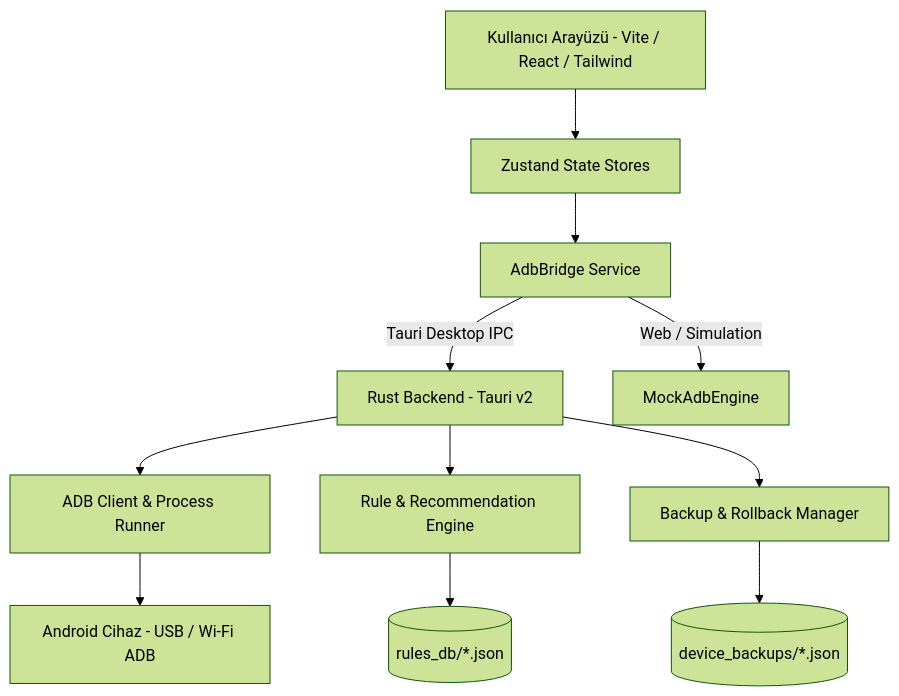
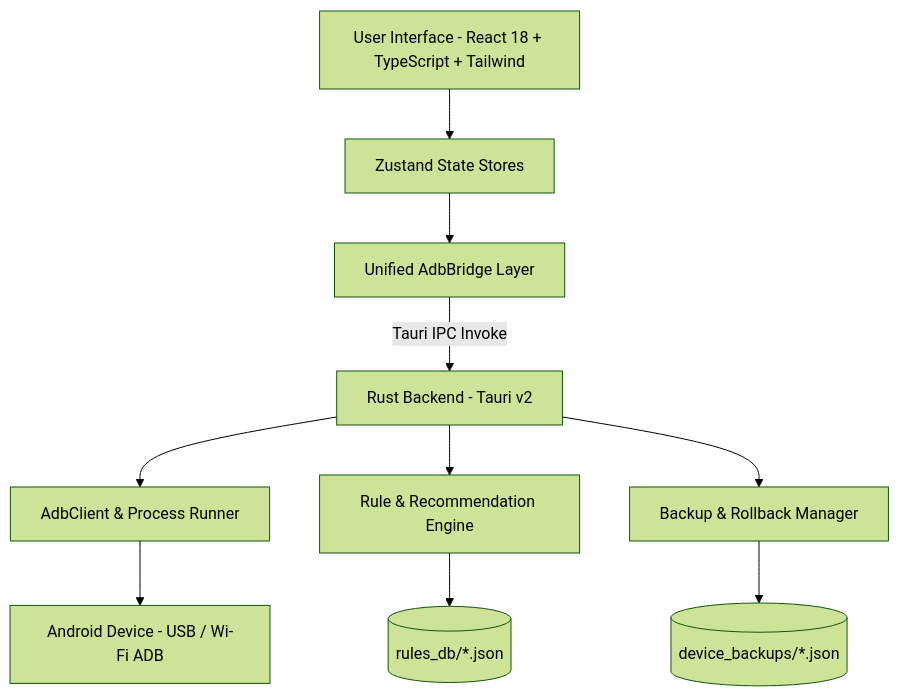
The diagram in README.md (burakzdgn/NexusTweak), drawn with Mermaid (forest theme) before and after one commit. The commit also changed other lines of this file and 1 other file, not shown here.

````diff
--- a/README.md
+++ b/README.md
@@ -88,13 +97,12 @@
 ```mermaid
 graph TD
-    A[Kullanıcı Arayüzü - Vite / React / Tailwind] --> B[Zustand State Stores]
-    B --> C[AdbBridge Service]
-    C -->|Tauri Desktop IPC| D[Rust Backend - Tauri v2]
-    C -->|Web / Simulation| E[MockAdbEngine]
-    D --> F[ADB Client & Process Runner]
-    D --> G[Rule & Recommendation Engine]
-    D --> H[Backup & Rollback Manager]
-    F --> I[Android Cihaz - USB / Wi-Fi ADB]
-    H --> J[(device_backups/*.json)]
-    G --> K[(rules_db/*.json)]
+    A[User Interface - React 18 + TypeScript + Tailwind] --> B[Zustand State Stores]
+    B --> C[Unified AdbBridge Layer]
+    C -->|Tauri IPC Invoke| D[Rust Backend - Tauri v2]
+    D --> E[AdbClient & Process Runner]
+    D --> F[Rule & Recommendation Engine]
+    D --> G[Backup & Rollback Manager]
+    E --> H[Android Device - USB / Wi-Fi ADB]
+    G --> I[(device_backups/*.json)]
+    F --> J[(rules_db/*.json)]
 ```
````
